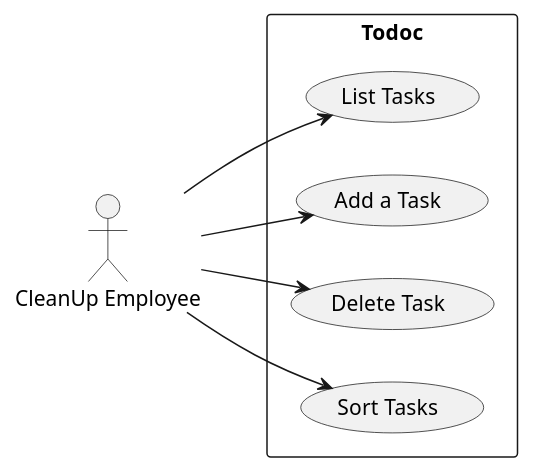
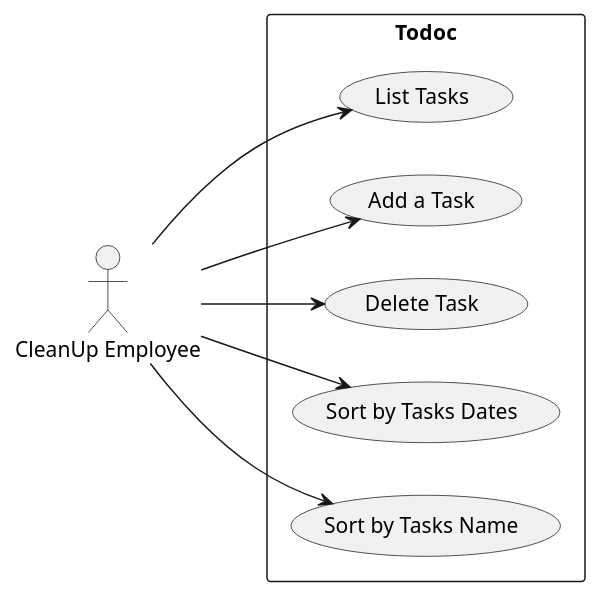
Before and after one commit to CARAU101517/P5_OC_Cleanup_TODOC: the diagram in usecase.puml, drawn with PlantUML. The commit also changed 6 other files, not shown here.

Commit message:
update diagrammes

```diff
--- a/usecase.puml
+++ b/usecase.puml
@@ -1,15 +1,18 @@
 @startuml Todoc Use Case Diagram
 left to right direction
 actor "CleanUp Employee" as CE
 rectangle Todoc {
   usecase "List Tasks" as UC1
   usecase "Add a Task" as UC2
   usecase "Delete Task" as UC3
-  usecase "Sort Tasks" as UC4
+  usecase "Sort by Tasks Dates" as UC4
+  usecase "Sort by Tasks Name" as UC5
 }
+
 CE --> UC1
 CE --> UC2
 CE --> UC3
 CE --> UC4
+CE --> UC5
 
 @enduml
```
